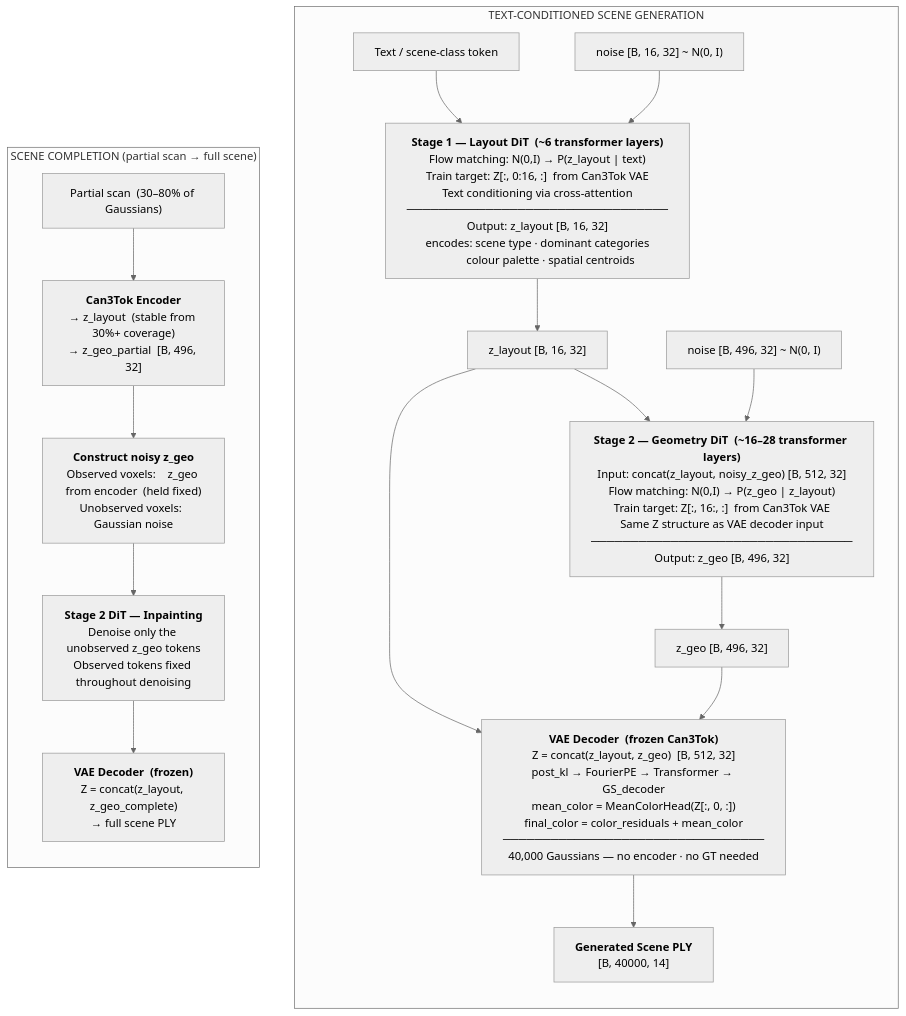
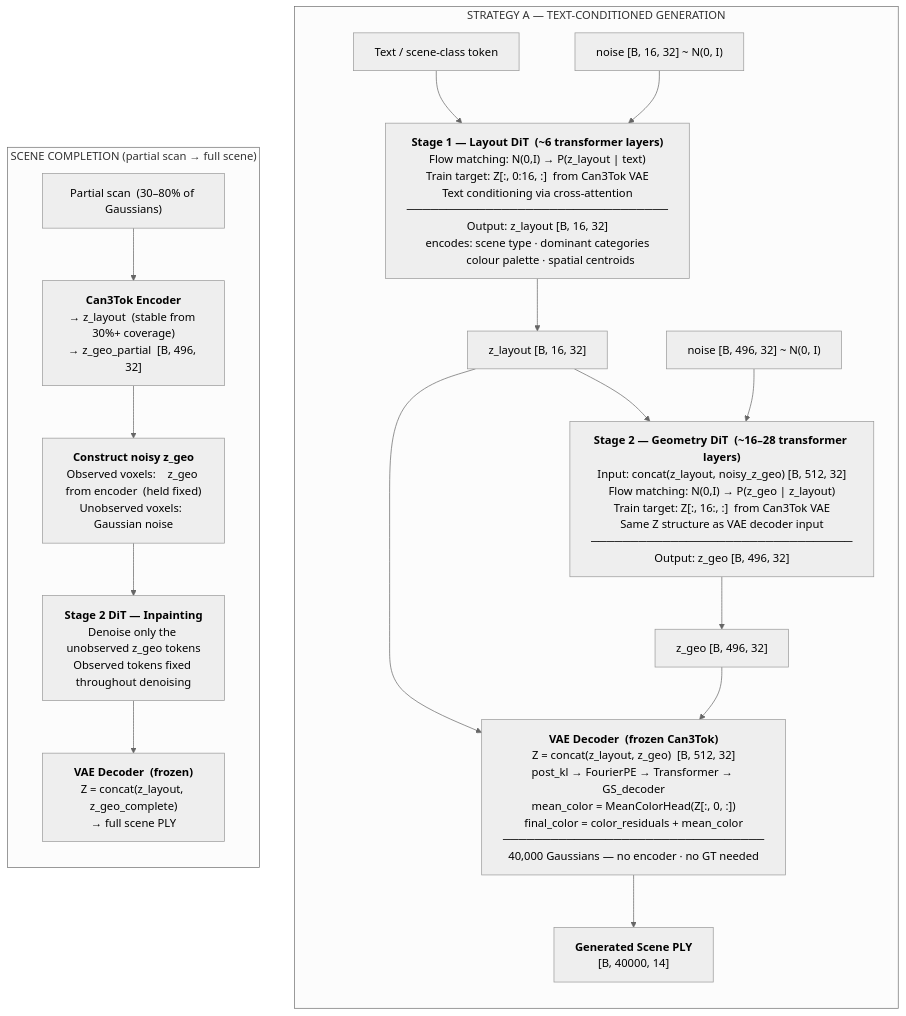
Before and after one commit to Hafeezmhk7/Semantic-Scene-Completion: the eighth of 10 diagrams in README_NEW.md, drawn with Mermaid (neutral theme). The commit also changed other lines of this file and 1 other file, not shown here.

````diff
--- a/README_NEW.md
+++ b/README_NEW.md
@@ -596,40 +623,40 @@
 ```mermaid
 flowchart TD
-    subgraph GEN["TEXT-CONDITIONED SCENE GENERATION"]
+    subgraph GEN["STRATEGY A — TEXT-CONDITIONED GENERATION"]
         direction TB
         TEXT["Text / scene-class token"]
         N1["noise [B, 16, 32]  ~  N(0, I)"]
 
         D1["<b>Stage 1 — Layout DiT  (~6 transformer layers)</b><br/>Flow matching: N(0,I) → P(z_layout | text)<br/>Train target: Z[:, 0:16, :]  from Can3Tok VAE<br/>Text conditioning via cross-attention<br/>─────────────────────────────────<br/>Output: z_layout [B, 16, 32]<br/>encodes: scene type · dominant categories<br/>         colour palette · spatial centroids"]
 
         ZL_GEN["z_layout  [B, 16, 32]"]
         N2["noise [B, 496, 32]  ~  N(0, I)"]
 
         D2["<b>Stage 2 — Geometry DiT  (~16–28 transformer layers)</b><br/>Input: concat(z_layout, noisy_z_geo) [B, 512, 32]<br/>Flow matching: N(0,I) → P(z_geo | z_layout)<br/>Train target: Z[:, 16:, :]  from Can3Tok VAE<br/>Same Z structure as VAE decoder input<br/>─────────────────────────────────<br/>Output: z_geo [B, 496, 32]"]
 
         ZG_GEN["z_geo  [B, 496, 32]"]
 
         DECODE["<b>VAE Decoder  (frozen Can3Tok)</b><br/>Z = concat(z_layout, z_geo)  [B, 512, 32]<br/>post_kl → FourierPE → Transformer → GS_decoder<br/>mean_color = MeanColorHead(Z[:, 0, :])<br/>final_color = color_residuals + mean_color<br/>─────────────────────────────────<br/>40,000 Gaussians — no encoder · no GT needed"]
 
         PLY["<b>Generated Scene PLY</b><br/>[B, 40000, 14]"]
 
         TEXT --> D1
         N1   --> D1
         D1   --> ZL_GEN --> D2
         N2   --> D2
         D2   --> ZG_GEN
         ZL_GEN --> DECODE
         ZG_GEN --> DECODE
         DECODE --> PLY
     end
 
     subgraph COMP["SCENE COMPLETION  (partial scan → full scene)"]
         direction TB
         PARTIAL["Partial scan  (30–80% of Gaussians)"]
         ENC_P["<b>Can3Tok Encoder</b><br/>→ z_layout  (stable from 30%+ coverage)<br/>→ z_geo_partial  [B, 496, 32]"]
         MASK["<b>Construct noisy z_geo</b><br/>Observed voxels:    z_geo from encoder  (held fixed)<br/>Unobserved voxels:  Gaussian noise"]
         INPAINT["<b>Stage 2 DiT — Inpainting</b><br/>Denoise only the unobserved z_geo tokens<br/>Observed tokens fixed throughout denoising"]
         FULL["<b>VAE Decoder  (frozen)</b><br/>Z = concat(z_layout, z_geo_complete)<br/>→ full scene PLY"]
         PARTIAL --> ENC_P --> MASK --> INPAINT --> FULL
     end
 ```
````
